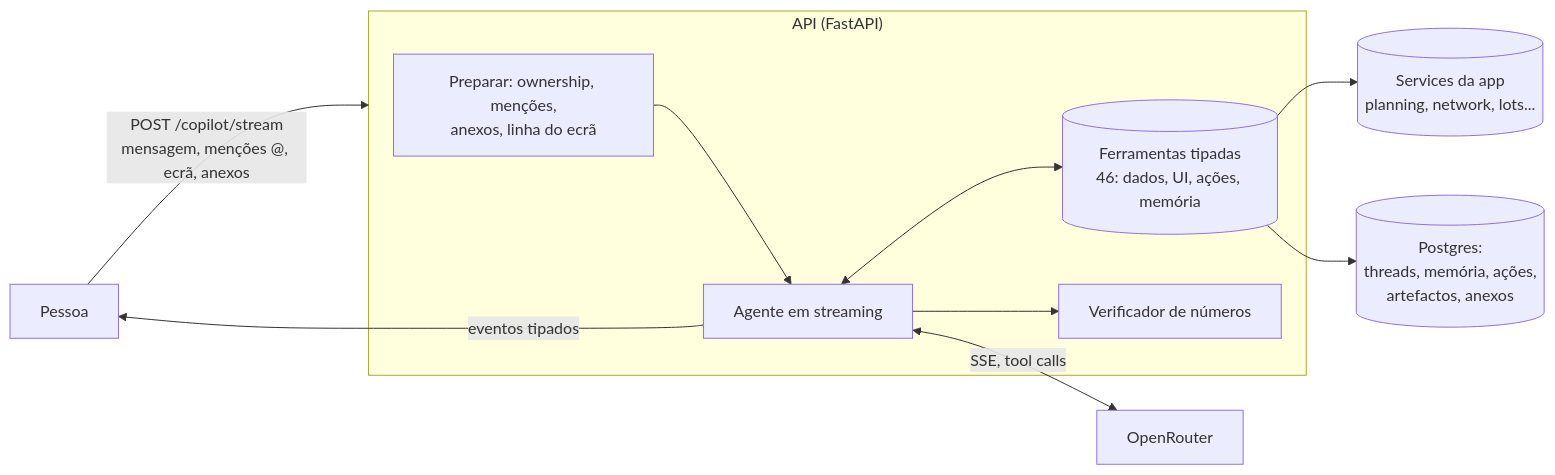
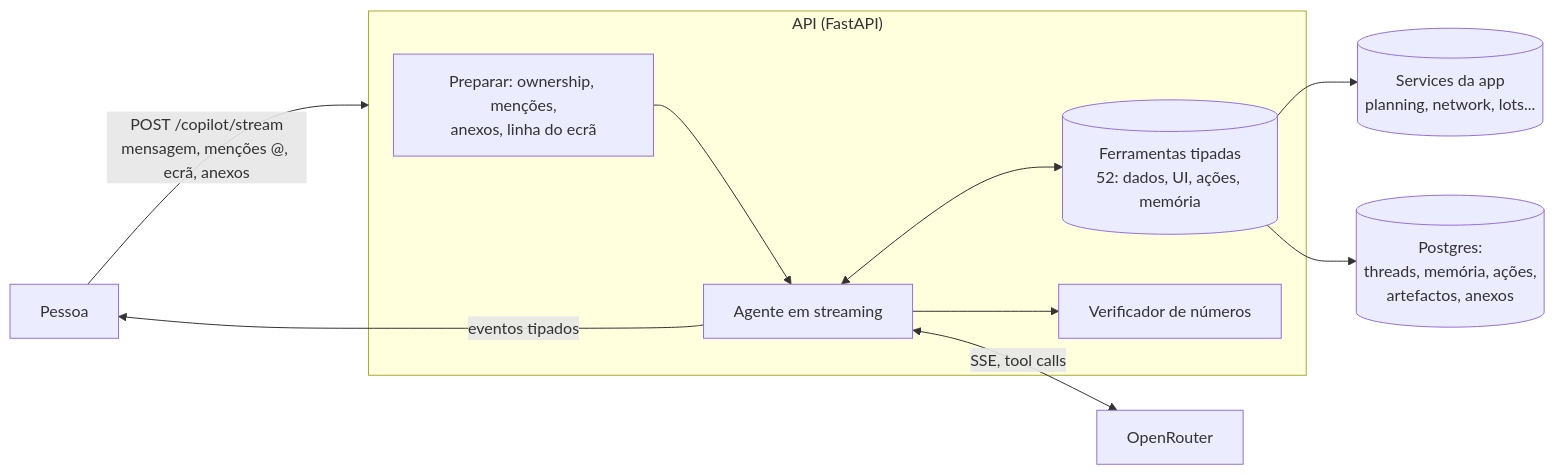
One commit to helderpgoncalves/novelo changed the first of 5 diagrams in docs/engenharia/copiloto.md. Above: the diagram before and after it, drawn with Mermaid. The commit also changed 10 other files, not shown here.

````diff
--- a/docs/engenharia/copiloto.md
+++ b/docs/engenharia/copiloto.md
@@ -16,17 +16,17 @@
 ```mermaid
 flowchart LR
     U[Pessoa] -->|"POST /copilot/stream<br/>mensagem, menções @, ecrã, anexos"| API
     subgraph API["API (FastAPI)"]
         P[Preparar: ownership, menções,<br/>anexos, linha do ecrã]
         A[Agente em streaming]
-        T[(Ferramentas tipadas<br/>46: dados, UI, ações, memória)]
+        T[(Ferramentas tipadas<br/>52: dados, UI, ações, memória)]
         V[Verificador de números]
         P --> A
         A <--> T
         A --> V
     end
     A <-->|"SSE, tool calls"| OR[OpenRouter]
     T --> S[(Services da app<br/>planning, network, lots...)]
     T --> DB[(Postgres:<br/>threads, memória, ações,<br/>artefactos, anexos)]
     A -->|"eventos tipados"| U
 ```
````
